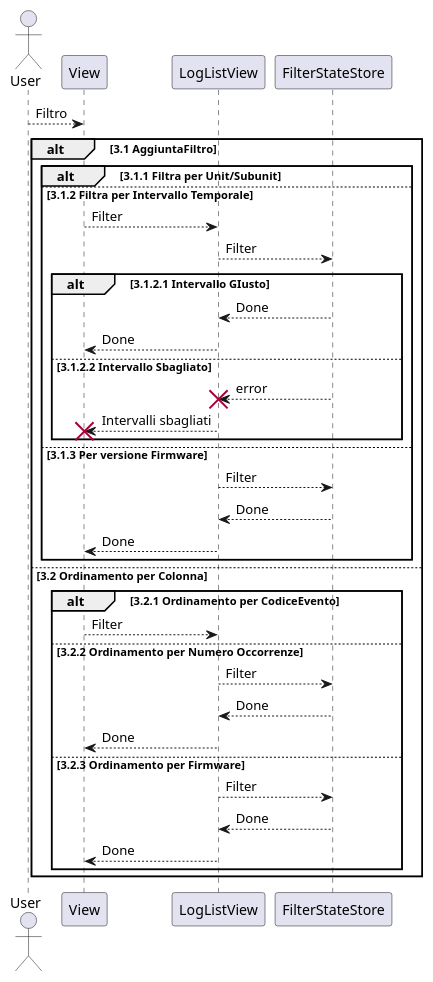
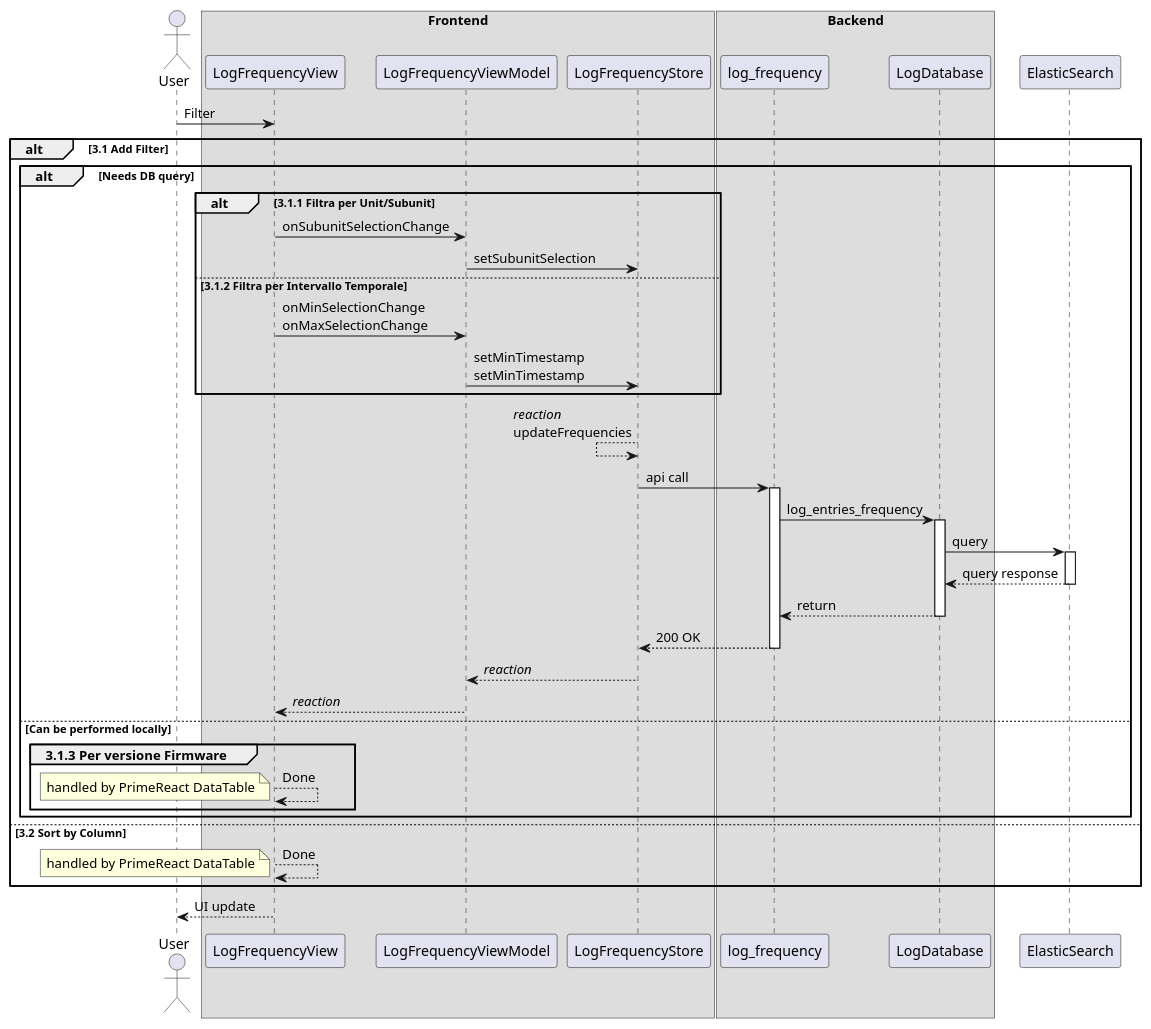
Diagram 11 of 13 in allegato_tecnico.md (sevenelevendevunipd/docs), drawn with PlantUML before and after one commit. The commit also changed other lines of this file, not shown here.

````diff
--- a/allegato_tecnico.md
+++ b/allegato_tecnico.md
@@ -694,36 +852,55 @@
 ```{ .plantuml caption="Diagramma S3"}
 @startuml
 actor User
-User-->View:Filtro
-alt 3.1 AggiuntaFiltro
-alt 3.1.1 Filtra per Unit/Subunit
-else 3.1.2 Filtra per Intervallo Temporale
-View-->LogListView:Filter
-LogListView-->FilterStateStore:Filter
-alt 3.1.2.1 Intervallo GIusto
-LogListView<--FilterStateStore:Done
-View<--LogListView:Done
-else 3.1.2.2 Intervallo Sbagliato
-LogListView<--FilterStateStore !! : error
-View<--LogListView !! : Intervalli sbagliati
+
+box Frontend
+participant LogFrequencyView
+participant LogFrequencyViewModel
+participant LogFrequencyStore
+end box
+
+box Backend
+participant log_frequency
+participant LogDatabase
+end box
+
+participant ElasticSearch
+
+User -> LogFrequencyView:Filter
+alt 3.1 Add Filter
+  alt Needs DB query
+    alt 3.1.1 Filtra per Unit/Subunit
+      LogFrequencyView -> LogFrequencyViewModel: onSubunitSelectionChange
+      LogFrequencyViewModel -> LogFrequencyStore: setSubunitSelection
+    else 3.1.2 Filtra per Intervallo Temporale
+      LogFrequencyView -> LogFrequencyViewModel: onMinSelectionChange\nonMaxSelectionChange
+      LogFrequencyViewModel -> LogFrequencyStore: setMinTimestamp\nsetMinTimestamp
+    end
+    LogFrequencyStore <-- LogFrequencyStore: //reaction//\nupdateFrequencies 
+    LogFrequencyStore -> log_frequency: api call
+    activate log_frequency
+    log_frequency -> LogDatabase: log_entries_frequency
+    activate LogDatabase
+    LogDatabase -> ElasticSearch: query
+    activate ElasticSearch
+    LogDatabase <-- ElasticSearch: query response
+    deactivate ElasticSearch
+    log_frequency <-- LogDatabase: return
+    deactivate LogDatabase
+    LogFrequencyStore <-- log_frequency: 200 OK
+    deactivate log_frequency
+    LogFrequencyViewModel <-- LogFrequencyStore: //reaction//
+    LogFrequencyView <-- LogFrequencyViewModel: //reaction//
+  else Can be performed locally
+    group 3.1.3 Per versione Firmware
+      LogFrequencyView-->LogFrequencyView:Done
+      note left: handled by PrimeReact DataTable
+    end
+  end
+else 3.2 Sort by Column
+  LogFrequencyView-->LogFrequencyView:Done
+  note left: handled by PrimeReact DataTable
 end
-else 3.1.3 Per versione Firmware
-LogListView-->FilterStateStore:Filter
-LogListView<--FilterStateStore:Done
-View<--LogListView:Done
-end
-else 3.2 Ordinamento per Colonna
-alt 3.2.1 Ordinamento per CodiceEvento
-View-->LogListView:Filter
-else 3.2.2 Ordinamento per Numero Occorrenze
-LogListView-->FilterStateStore:Filter
-LogListView<--FilterStateStore:Done
-View<--LogListView:Done
-else 3.2.3 Ordinamento per Firmware
-LogListView-->FilterStateStore:Filter
-LogListView<--FilterStateStore:Done
-View<--LogListView:Done
-end
-end
+User <-- LogFrequencyView: UI update
 @enduml
 ```
````
